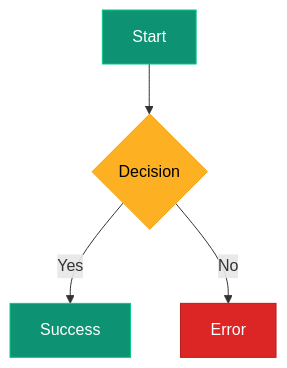
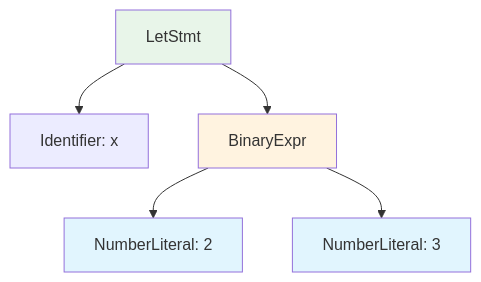
One commit to runkids/claude-skill-registry changed the sixth of 6 diagrams in skills/data/mermaid-diagrams/SKILL.md. Above: the diagram before and after it, drawn with Mermaid. The commit also changed other lines of this file and 17994 other files, not shown here.

````diff
--- a/skills/data/mermaid-diagrams/SKILL.md
+++ b/skills/data/mermaid-diagrams/SKILL.md
@@ -422,10 +88,11 @@
 ```mermaid
-flowchart TB
-    A[Start]:::green --> B{Decision}:::yellow
-    B -->|Yes| C[Success]:::green
-    B -->|No| D[Error]:::red
+flowchart TD
+    classDef literal fill:#e1f5fe
+    classDef expr fill:#fff3e0
+    classDef stmt fill:#e8f5e9
 
-    classDef green fill:#0D9373,stroke:#07C983,color:#fff
-    classDef yellow fill:#FDB022,stroke:#F59E0B,color:#000
-    classDef red fill:#DC2626,stroke:#B91C1C,color:#fff
+    A[LetStmt]:::stmt --> B[Identifier: x]
+    A --> C[BinaryExpr]:::expr
+    C --> D[NumberLiteral: 2]:::literal
+    C --> E[NumberLiteral: 3]:::literal
 ```
````
